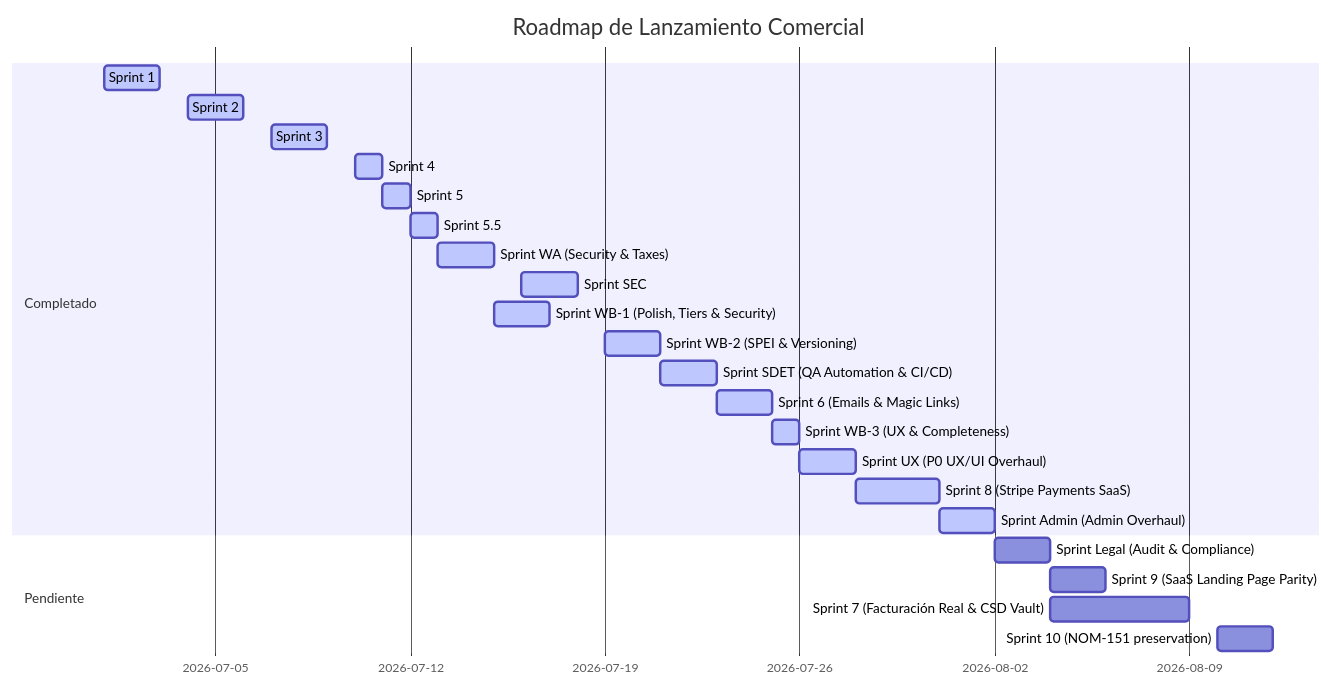
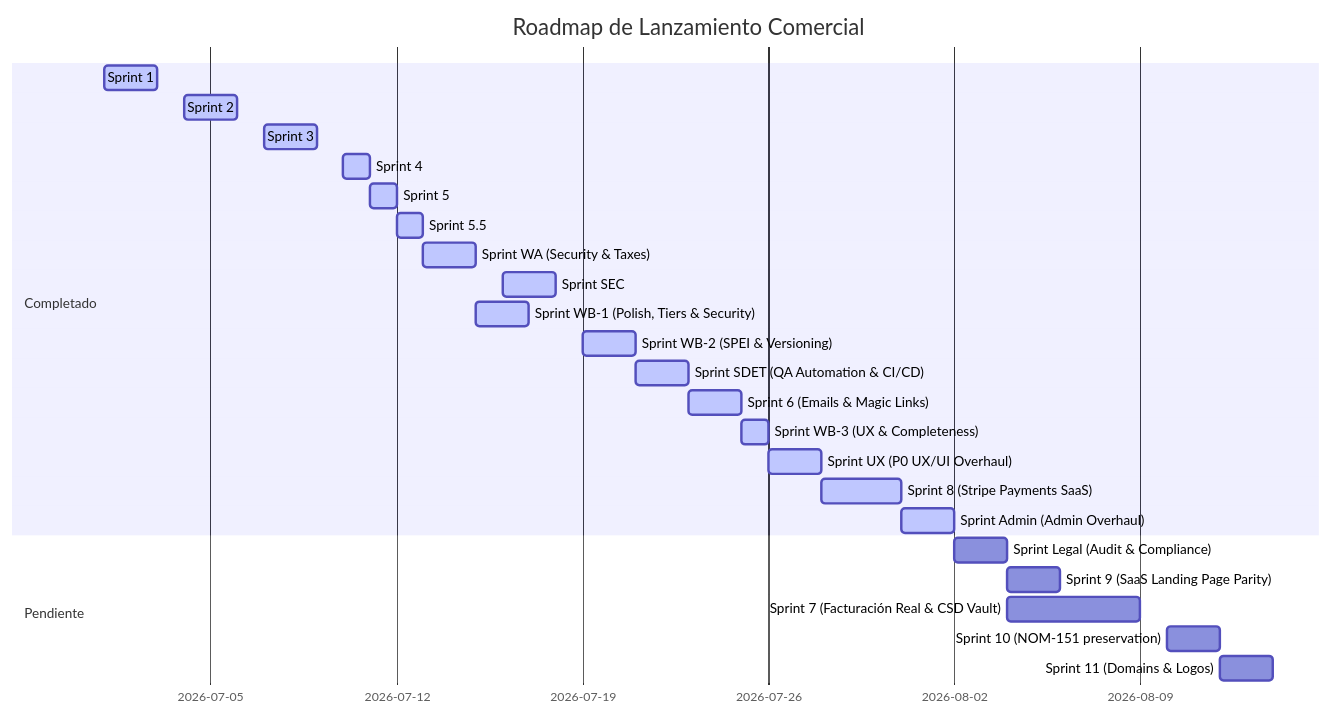
One commit to jesushzv/contract-tracker changed the diagram in design_docs/roadmap.md. Above: the diagram before and after it, drawn with Mermaid. The commit also changed other lines of this file, not shown here.

Commit message:
docs: add roadmap specifications for Sprint 11 covering domain configuration, email authentication, and branding assets

````diff
--- a/design_docs/roadmap.md
+++ b/design_docs/roadmap.md
@@ -9,27 +9,28 @@
 ```mermaid
 gantt
     title Roadmap de Lanzamiento Comercial
     dateFormat  YYYY-MM-DD
     section Completado
     Sprint 1 :active, 2026-07-01, 2026-07-03
     Sprint 2 :active, 2026-07-04, 2026-07-06
     Sprint 3 :active, 2026-07-07, 2026-07-09
     Sprint 4 :active, 2026-07-10, 2026-07-11
     Sprint 5 :active, 2026-07-11, 2026-07-12
     Sprint 5.5 :active, 2026-07-12, 2026-07-13
     Sprint WA (Security & Taxes) :active, 2026-07-13, 2026-07-15
     Sprint SEC :active, 2026-07-16, 2026-07-18
     Sprint WB-1 (Polish, Tiers & Security) :active, 2026-07-15, 2026-07-17
     Sprint WB-2 (SPEI & Versioning) :active, 2026-07-19, 2026-07-21
     Sprint SDET (QA Automation & CI/CD) :active, 2026-07-21, 2026-07-23
     Sprint 6 (Emails & Magic Links) :active, 2026-07-23, 2026-07-25
     Sprint WB-3 (UX & Completeness) :active, 2026-07-25, 2026-07-26
     Sprint UX (P0 UX/UI Overhaul) :active, 2026-07-26, 2026-07-28
     Sprint 8 (Stripe Payments SaaS) :active, 2026-07-28, 2026-07-31
     Sprint Admin (Admin Overhaul) :active, 2026-07-31, 2026-08-02
     section Pendiente
     Sprint Legal (Audit & Compliance) :2026-08-02, 2026-08-04
     Sprint 9 (SaaS Landing Page Parity) :2026-08-04, 2026-08-06
     Sprint 7 (Facturación Real & CSD Vault) :2026-08-04, 2026-08-09
     Sprint 10 (NOM-151 preservation) :2026-08-10, 2026-08-12
+    Sprint 11 (Domains & Logos) :2026-08-12, 2026-08-14
 ```
````
